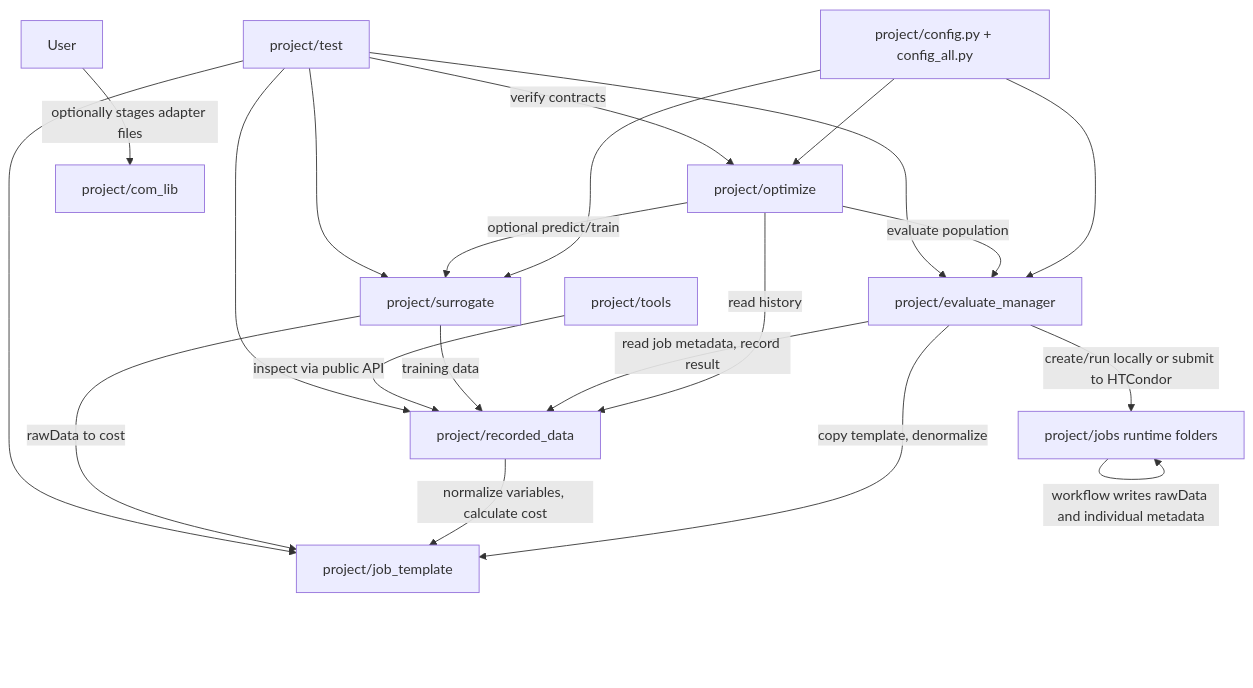
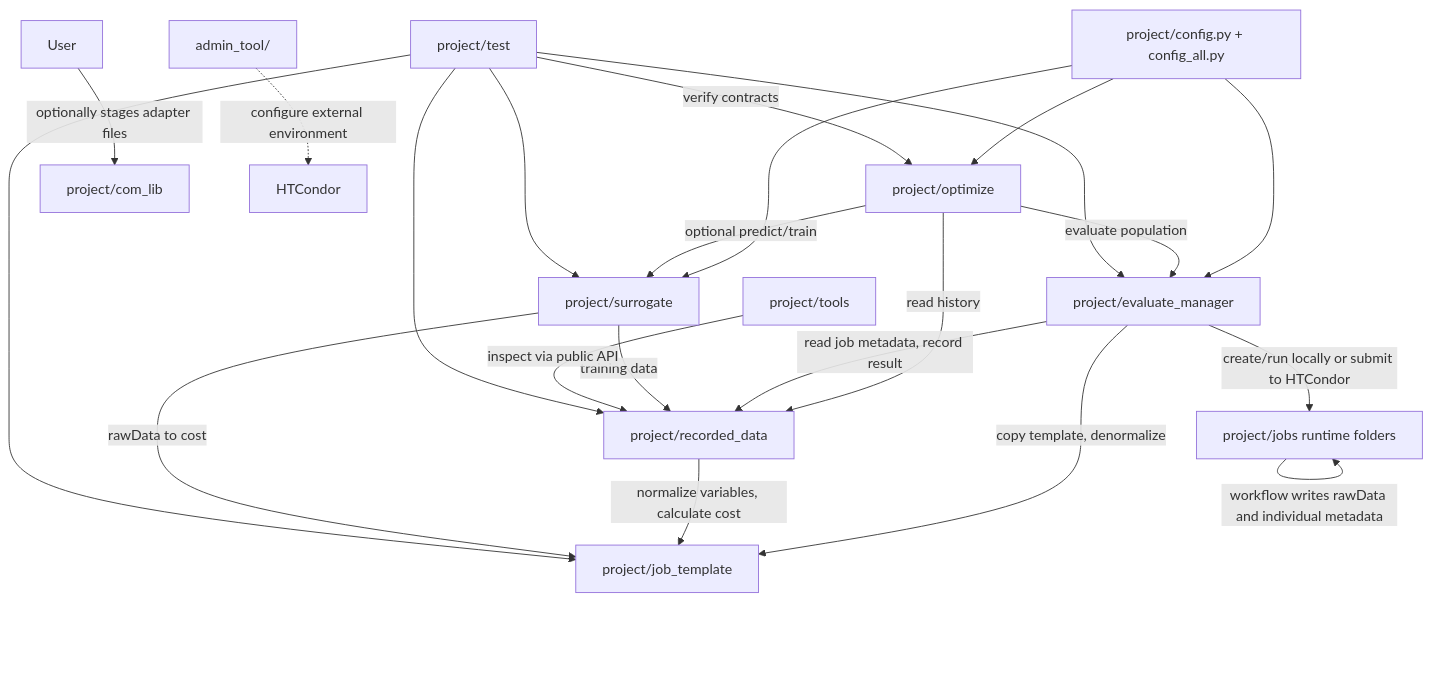
Before and after one commit to YS-Pan/yadof: the diagram in dev_doc/architecture/c4_container.md, drawn with Mermaid. The commit also changed other lines of this file and 49 other files, not shown here.

````diff
--- a/dev_doc/architecture/c4_container.md
+++ b/dev_doc/architecture/c4_container.md
@@ -5,27 +5,28 @@
 ```mermaid
 flowchart TD
     Config["project/config.py + config_all.py"] --> Optimize["project/optimize"]
     Config --> Evaluate["project/evaluate_manager"]
     Config --> Surrogate["project/surrogate"]
 
     Optimize -->|evaluate population| Evaluate
     Optimize -->|read history| Recorded["project/recorded_data"]
     Optimize -->|optional predict/train| Surrogate
 
     Evaluate -->|copy template, denormalize| Template["project/job_template"]
     User -->|optionally stages adapter files| ComLib["project/com_lib"]
     Evaluate -->|create/run locally or submit to HTCondor| Jobs["project/jobs runtime folders"]
     Jobs -->|workflow writes rawData and individual metadata| Jobs
     Evaluate -->|read job metadata, record result| Recorded
 
     Recorded -->|normalize variables, calculate cost| Template
     Surrogate -->|training data| Recorded
     Surrogate -->|rawData to cost| Template
 
     Tools["project/tools"] -->|inspect via public API| Recorded
+    AdminResources["admin_tool/"] -.->|configure external environment| HTCondor
     Tests["project/test"] -->|verify contracts| Optimize
     Tests --> Evaluate
     Tests --> Template
     Tests --> Recorded
     Tests --> Surrogate
 ```
````
